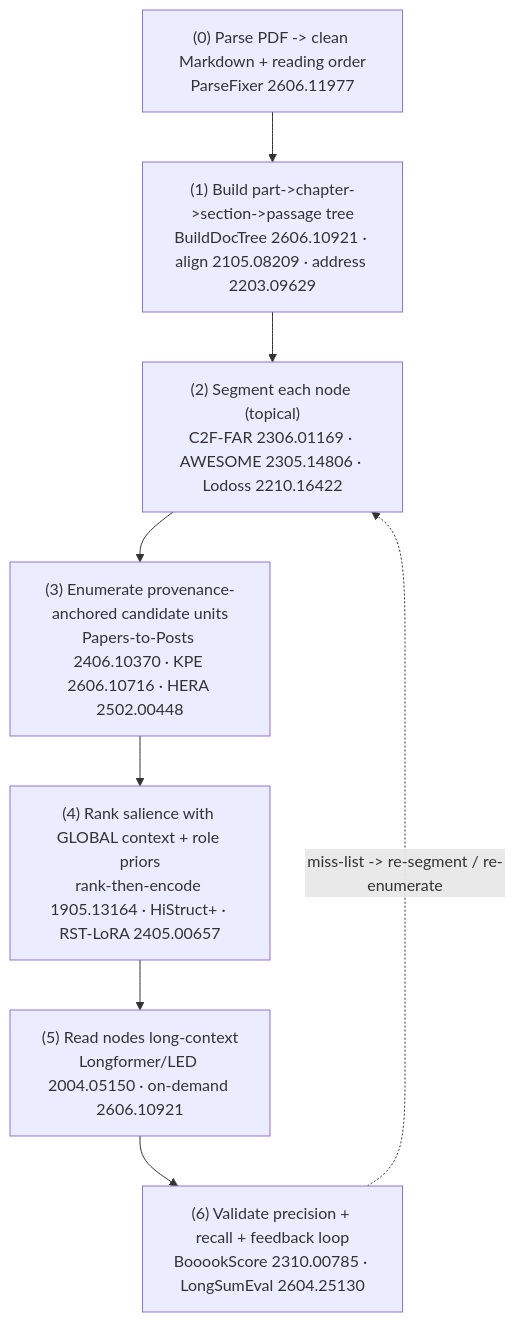
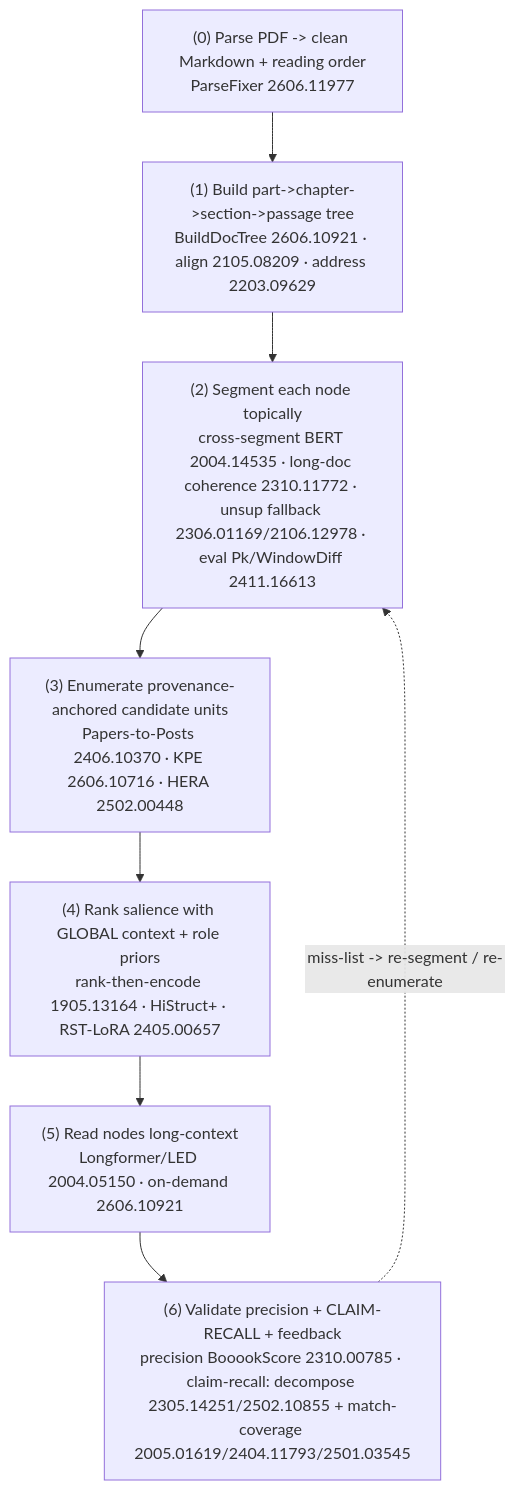
Before and after one commit to grammy-jiang/subagent-factory: the second of 2 diagrams in docs/Research/long-document-structure-mapping/long-document-structure-mapping-research-report.md, drawn with Mermaid. The commit also changed other lines of this file and 3 other files, not shown here.

````diff
--- a/docs/Research/long-document-structure-mapping/long-document-structure-mapping-research-report.md
+++ b/docs/Research/long-document-structure-mapping/long-document-structure-mapping-research-report.md
@@ -173,11 +233,11 @@
 ```mermaid
 flowchart TD
     P0["(0) Parse PDF -> clean Markdown + reading order<br/>ParseFixer 2606.11977"] --> P1
     P1["(1) Build part->chapter->section->passage tree<br/>BuildDocTree 2606.10921 · align 2105.08209 · address 2203.09629"] --> P2
-    P2["(2) Segment each node (topical)<br/>C2F-FAR 2306.01169 · AWESOME 2305.14806 · Lodoss 2210.16422"] --> P3
+    P2["(2) Segment each node topically<br/>cross-segment BERT 2004.14535 · long-doc coherence 2310.11772 · unsup fallback 2306.01169/2106.12978 · eval Pk/WindowDiff 2411.16613"] --> P3
     P3["(3) Enumerate provenance-anchored candidate units<br/>Papers-to-Posts 2406.10370 · KPE 2606.10716 · HERA 2502.00448"] --> P4
     P4["(4) Rank salience with GLOBAL context + role priors<br/>rank-then-encode 1905.13164 · HiStruct+ · RST-LoRA 2405.00657"] --> P5
     P5["(5) Read nodes long-context<br/>Longformer/LED 2004.05150 · on-demand 2606.10921"] --> P6
-    P6["(6) Validate precision + recall + feedback loop<br/>BooookScore 2310.00785 · LongSumEval 2604.25130"]
+    P6["(6) Validate precision + CLAIM-RECALL + feedback<br/>precision BooookScore 2310.00785 · claim-recall: decompose 2305.14251/2502.10855 + match-coverage 2005.01619/2404.11793/2501.03545"]
     P6 -. "miss-list -> re-segment / re-enumerate" .-> P2
 ```
````
